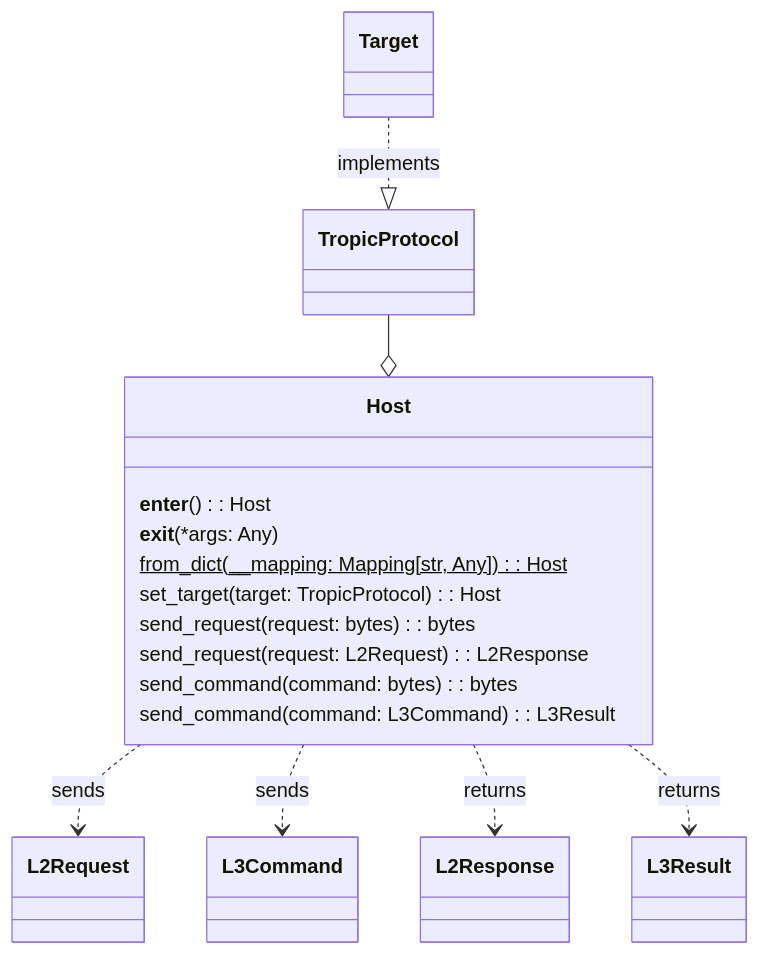
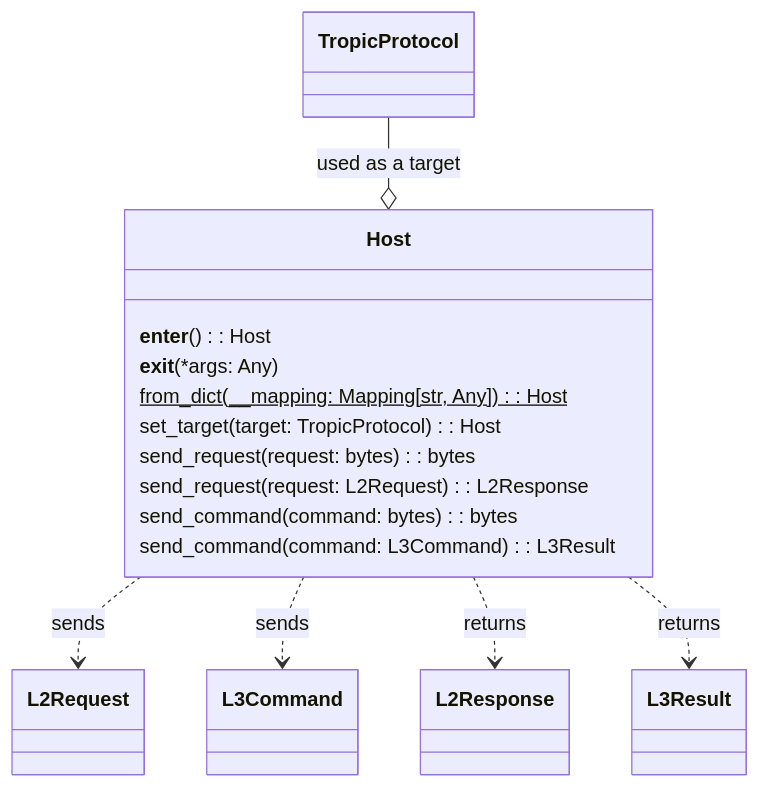
The diagram in tvl/host/README.md (tropicsquare/ts-tvl), drawn with Mermaid before and after one commit. The commit also changed other lines of this file and 9 other files, not shown here.

````diff
--- a/tvl/host/README.md
+++ b/tvl/host/README.md
@@ -13,19 +13,18 @@
 ```mermaid
 classDiagram
     class Host{
         __enter__(): Host
         __exit__(*args: Any)
         from_dict(__mapping: Mapping[str, Any]): Host$
         set_target(target: TropicProtocol): Host
         send_request(request: bytes): bytes
         send_request(request: L2Request): L2Response
         send_command(command: bytes): bytes
         send_command(command: L3Command): L3Result
     }
     Host ..> L2Request : sends
     Host ..> L3Command : sends
     Host ..> L2Response : returns
     Host ..> L3Result : returns
-    TropicProtocol --o Host
-    Target ..|> TropicProtocol : implements
+    TropicProtocol --o Host: used as a target
 ```
````
